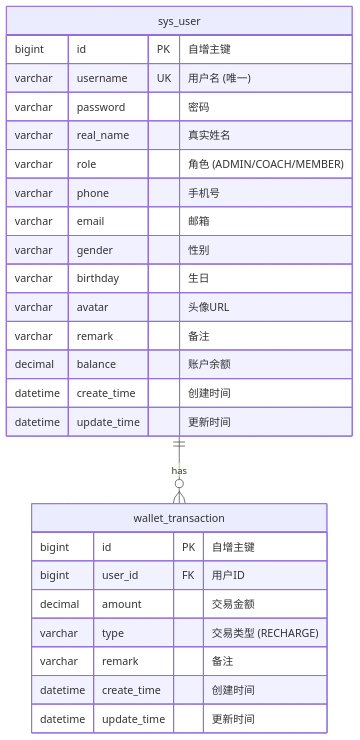
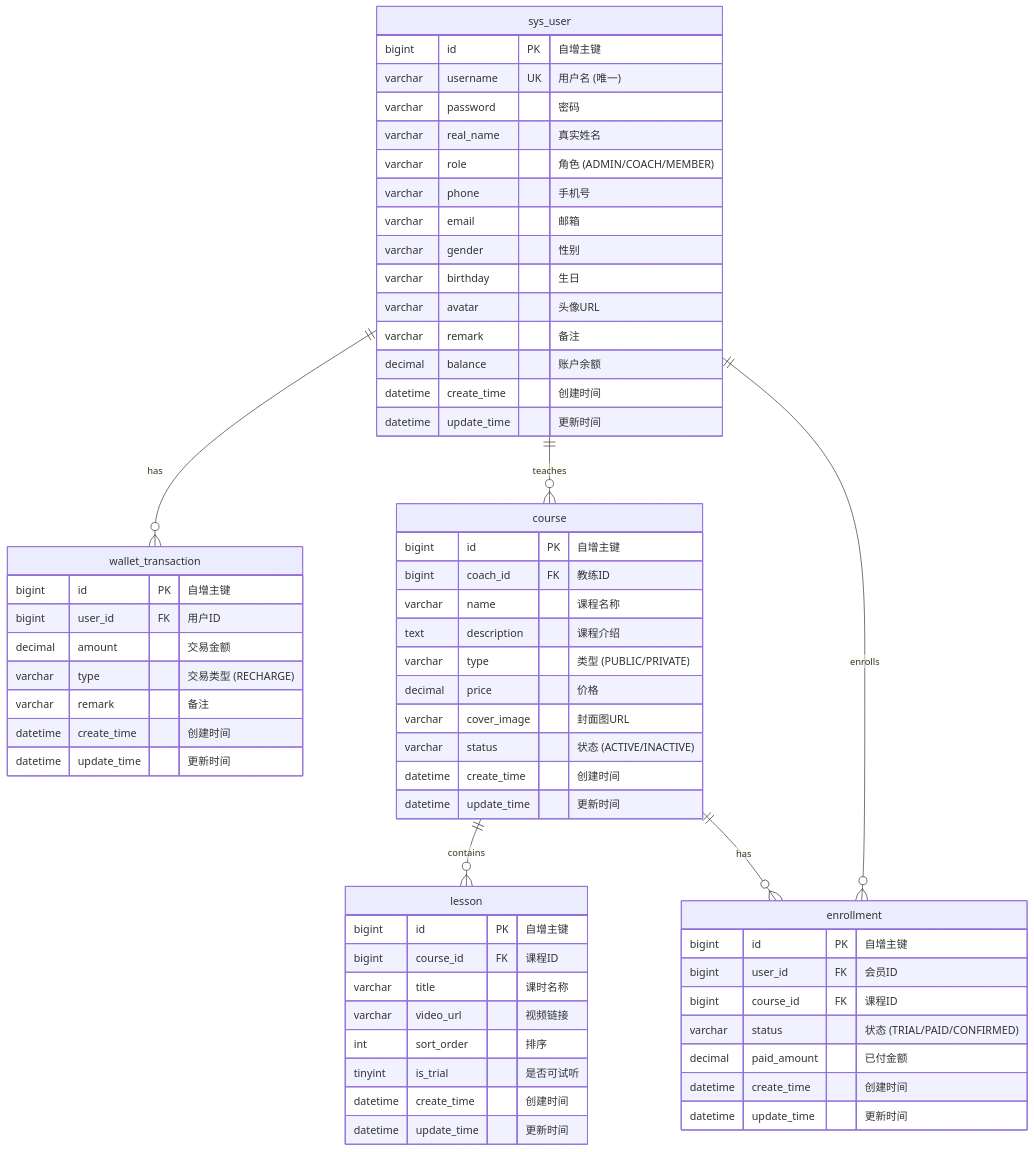
Before and after one commit to CarefacACE/WorkForSports: the second of 9 diagrams in 业务文档.md, drawn with Mermaid. The commit also changed other lines of this file and 34 other files, not shown here.

````diff
--- a/业务文档.md
+++ b/业务文档.md
@@ -184,31 +221,70 @@
 ```mermaid
 erDiagram
     sys_user {
         bigint id PK "自增主键"
         varchar username UK "用户名 (唯一)"
         varchar password "密码"
         varchar real_name "真实姓名"
         varchar role "角色 (ADMIN/COACH/MEMBER)"
         varchar phone "手机号"
         varchar email "邮箱"
         varchar gender "性别"
         varchar birthday "生日"
         varchar avatar "头像URL"
         varchar remark "备注"
         decimal balance "账户余额"
         datetime create_time "创建时间"
         datetime update_time "更新时间"
     }
 
     wallet_transaction {
         bigint id PK "自增主键"
         bigint user_id FK "用户ID"
         decimal amount "交易金额"
         varchar type "交易类型 (RECHARGE)"
         varchar remark "备注"
         datetime create_time "创建时间"
         datetime update_time "更新时间"
     }
 
     sys_user ||--o{ wallet_transaction : "has"
+
+    course {
+        bigint id PK "自增主键"
+        bigint coach_id FK "教练ID"
+        varchar name "课程名称"
+        text description "课程介绍"
+        varchar type "类型 (PUBLIC/PRIVATE)"
+        decimal price "价格"
+        varchar cover_image "封面图URL"
+        varchar status "状态 (ACTIVE/INACTIVE)"
+        datetime create_time "创建时间"
+        datetime update_time "更新时间"
+    }
+
+    lesson {
+        bigint id PK "自增主键"
+        bigint course_id FK "课程ID"
+        varchar title "课时名称"
+        varchar video_url "视频链接"
+        int sort_order "排序"
+        tinyint is_trial "是否可试听"
+        datetime create_time "创建时间"
+        datetime update_time "更新时间"
+    }
+
+    enrollment {
+        bigint id PK "自增主键"
+        bigint user_id FK "会员ID"
+        bigint course_id FK "课程ID"
+        varchar status "状态 (TRIAL/PAID/CONFIRMED)"
+        decimal paid_amount "已付金额"
+        datetime create_time "创建时间"
+        datetime update_time "更新时间"
+    }
+
+    sys_user ||--o{ course : "teaches"
+    sys_user ||--o{ enrollment : "enrolls"
+    course ||--o{ lesson : "contains"
+    course ||--o{ enrollment : "has"
 ```
````
